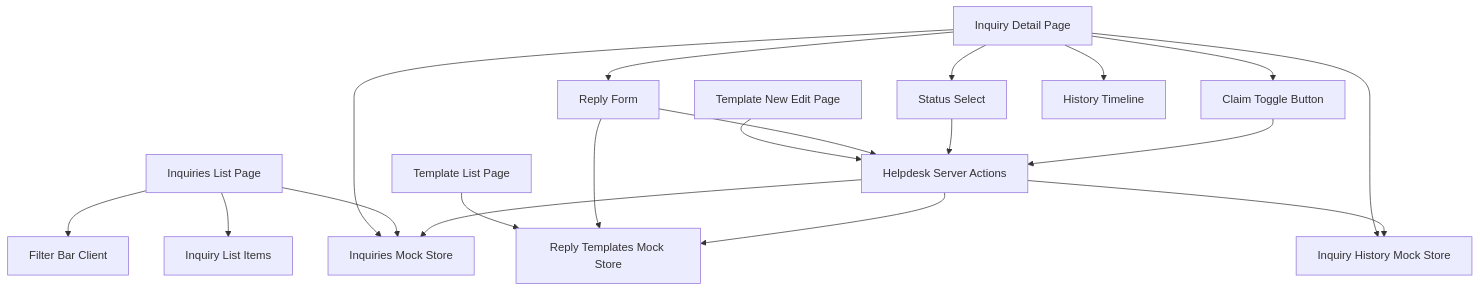
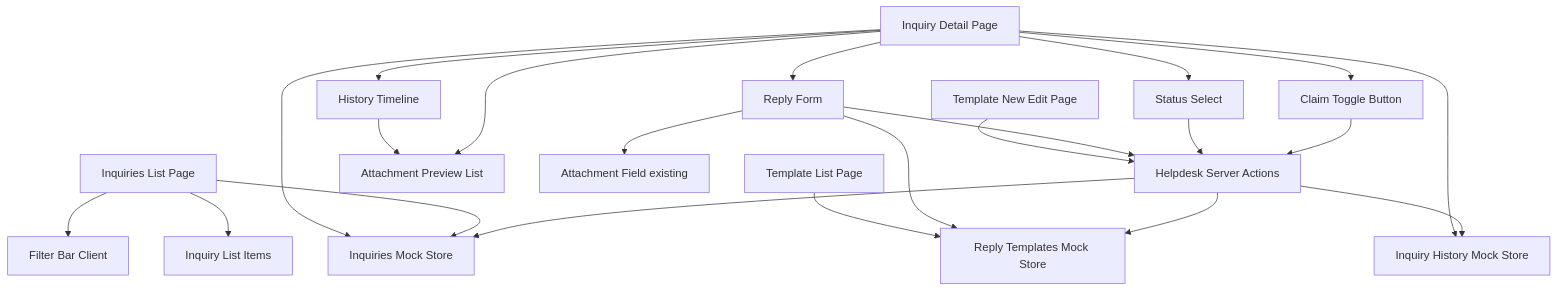
One commit to yuitosuenaga/daiso-portal-mock changed the first of 3 diagrams in .kiro/specs/helpdesk-inquiry-management/design.md. Above: the diagram before and after it, drawn with Mermaid. The commit also changed other lines of this file and 22 other files, not shown here.

````diff
--- a/.kiro/specs/helpdesk-inquiry-management/design.md
+++ b/.kiro/specs/helpdesk-inquiry-management/design.md
@@ -55,30 +64,34 @@
 ```mermaid
 graph TB
     InquiryListPage[Inquiries List Page]
     InquiryDetailPage[Inquiry Detail Page]
     TemplateListPage[Template List Page]
     TemplateFormPage[Template New Edit Page]
 
     InquiryListPage --> FilterBar[Filter Bar Client]
     InquiryListPage --> ListItems[Inquiry List Items]
 
     InquiryDetailPage --> ClaimButton[Claim Toggle Button]
     InquiryDetailPage --> StatusSelect[Status Select]
     InquiryDetailPage --> ReplyForm[Reply Form]
     InquiryDetailPage --> HistoryTimeline[History Timeline]
+    InquiryDetailPage --> AttachmentPreview[Attachment Preview List]
+
+    ReplyForm --> AttachmentField[Attachment Field existing]
+    HistoryTimeline --> AttachmentPreview
 
     ClaimButton --> HelpdeskActions[Helpdesk Server Actions]
     StatusSelect --> HelpdeskActions
     ReplyForm --> HelpdeskActions
     TemplateFormPage --> HelpdeskActions
 
     HelpdeskActions --> InquiriesStore[Inquiries Mock Store]
     HelpdeskActions --> HistoryStore[Inquiry History Mock Store]
     HelpdeskActions --> TemplatesStore[Reply Templates Mock Store]
 
     InquiryListPage --> InquiriesStore
     InquiryDetailPage --> InquiriesStore
     InquiryDetailPage --> HistoryStore
     ReplyForm --> TemplatesStore
     TemplateListPage --> TemplatesStore
 ```
````
